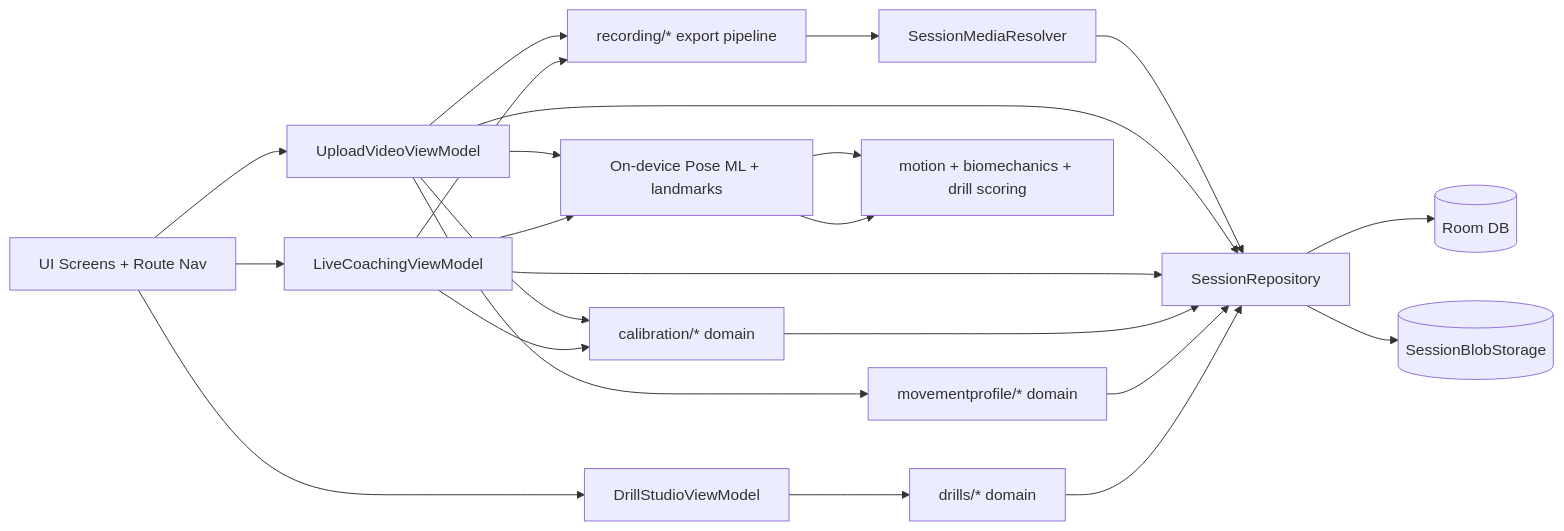
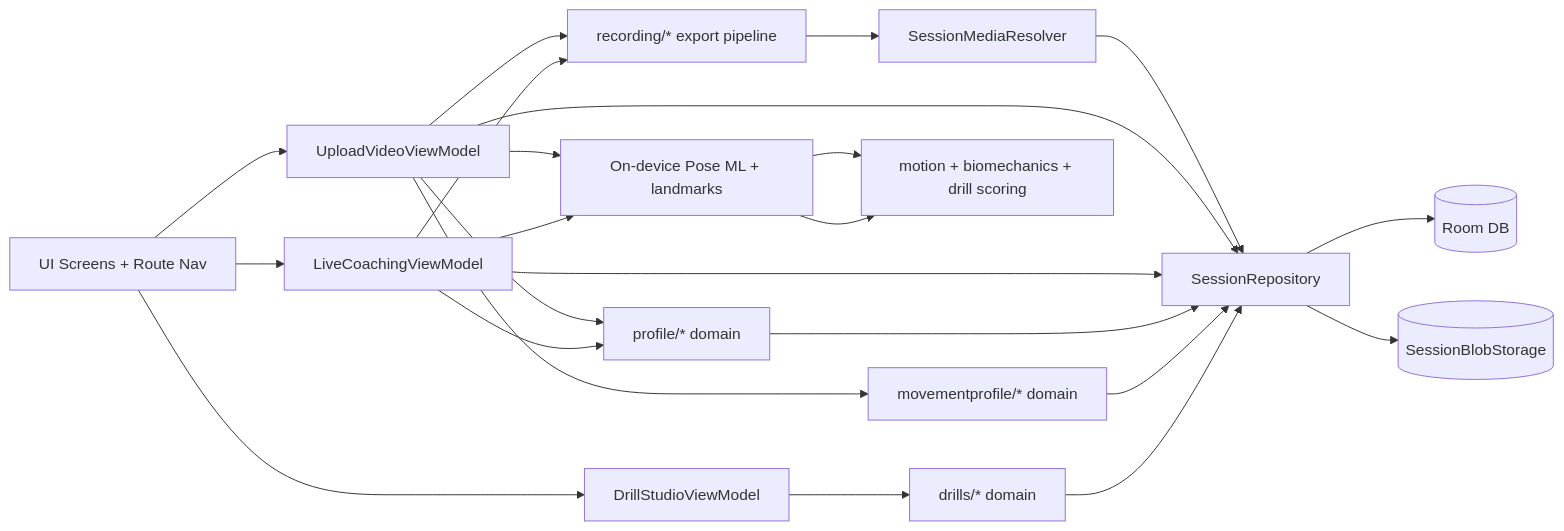
Before and after one commit to Voycepeh/Handstand-App: the diagram in docs/diagrams/architecture-subsystems.md, drawn with Mermaid. The commit also changed 42 other files, not shown here.

````diff
--- a/docs/diagrams/architecture-subsystems.md
+++ b/docs/diagrams/architecture-subsystems.md
@@ -3,43 +3,43 @@
 ```mermaid
 flowchart LR
     UI[UI Screens + Route Nav]
     LIVE[LiveCoachingViewModel]
     UPLOAD[UploadVideoViewModel]
     STUDIO[DrillStudioViewModel]
     DRILLS[drills/* domain]
     MOVE[movementprofile/* domain]
-    CAL[calibration/* domain]
+    CAL[profile/* domain]
     POSEML[On-device Pose ML + landmarks]
     ANALYSIS[motion + biomechanics + drill scoring]
     RECORD[recording/* export pipeline]
     MEDIA[SessionMediaResolver]
     REPO[SessionRepository]
     DB[(Room DB)]
     BLOB[(SessionBlobStorage)]
 
     UI --> LIVE
     UI --> UPLOAD
     UI --> STUDIO
 
     LIVE --> POSEML --> ANALYSIS
     LIVE --> CAL
     LIVE --> RECORD
 
     UPLOAD --> MOVE
     UPLOAD --> POSEML --> ANALYSIS
     UPLOAD --> RECORD
     UPLOAD --> CAL
 
     STUDIO --> DRILLS
 
     DRILLS --> REPO
     MOVE --> REPO
     CAL --> REPO
     LIVE --> REPO
     UPLOAD --> REPO
 
     RECORD --> MEDIA --> REPO
 
     REPO --> DB
     REPO --> BLOB
 ```
````
